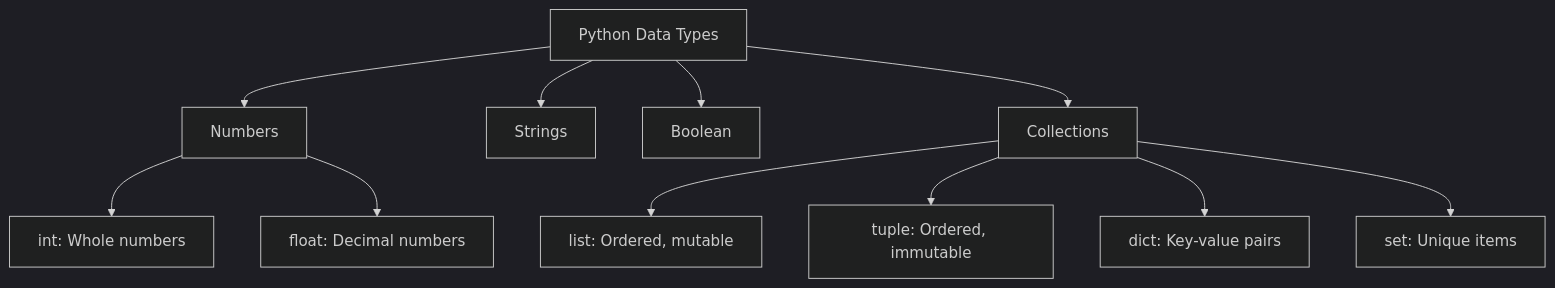
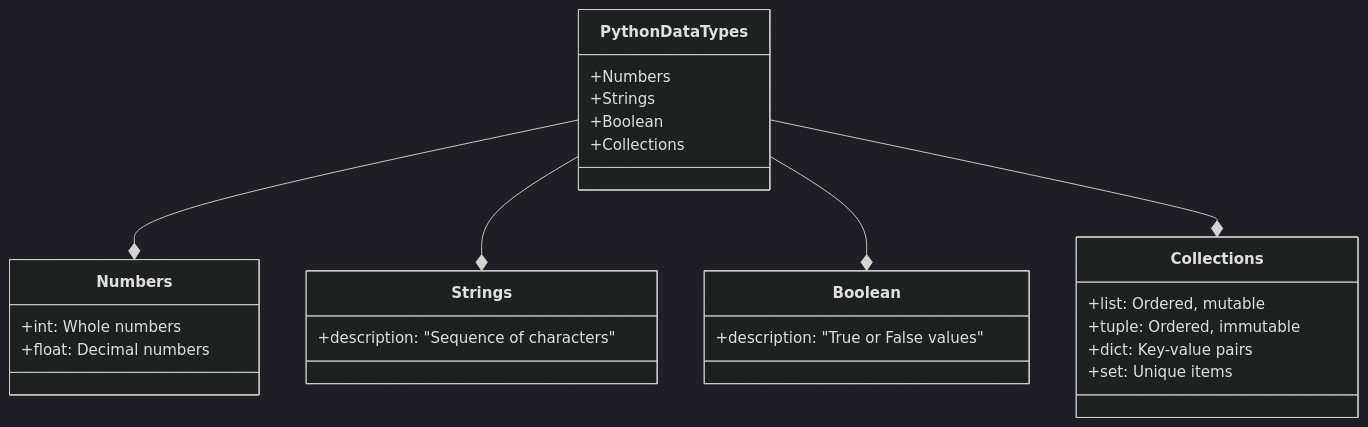
Before and after one commit to wahidyankf/oss: the first of 5 diagrams in apps-standalone/ayokoding-web/content/en/learn/crash-courses/swe/lang/python/basics.md, drawn with Mermaid (dark theme). The commit also changed other lines of this file and 27 other files, not shown here.

````diff
--- a/apps-standalone/ayokoding-web/content/en/learn/crash-courses/swe/lang/python/basics.md
+++ b/apps-standalone/ayokoding-web/content/en/learn/crash-courses/swe/lang/python/basics.md
@@ -60,13 +60,34 @@
 ```mermaid
-graph TD
-    A[Python Data Types] --> B[Numbers]
-    A --> C[Strings]
-    A --> D[Boolean]
-    A --> E[Collections]
-    B --> F[int: Whole numbers]
-    B --> G[float: Decimal numbers]
-    E --> I[list: Ordered, mutable]
-    E --> J[tuple: Ordered, immutable]
-    E --> K[dict: Key-value pairs]
-    E --> L[set: Unique items]
+classDiagram
+    class PythonDataTypes {
+        +Numbers
+        +Strings
+        +Boolean
+        +Collections
+    }
+
+    class Numbers {
+        +int: Whole numbers
+        +float: Decimal numbers
+    }
+
+    class Strings {
+        +description: "Sequence of characters"
+    }
+
+    class Boolean {
+        +description: "True or False values"
+    }
+
+    class Collections {
+        +list: Ordered, mutable
+        +tuple: Ordered, immutable
+        +dict: Key-value pairs
+        +set: Unique items
+    }
+
+    PythonDataTypes --* Numbers
+    PythonDataTypes --* Strings
+    PythonDataTypes --* Boolean
+    PythonDataTypes --* Collections
 ```
````
